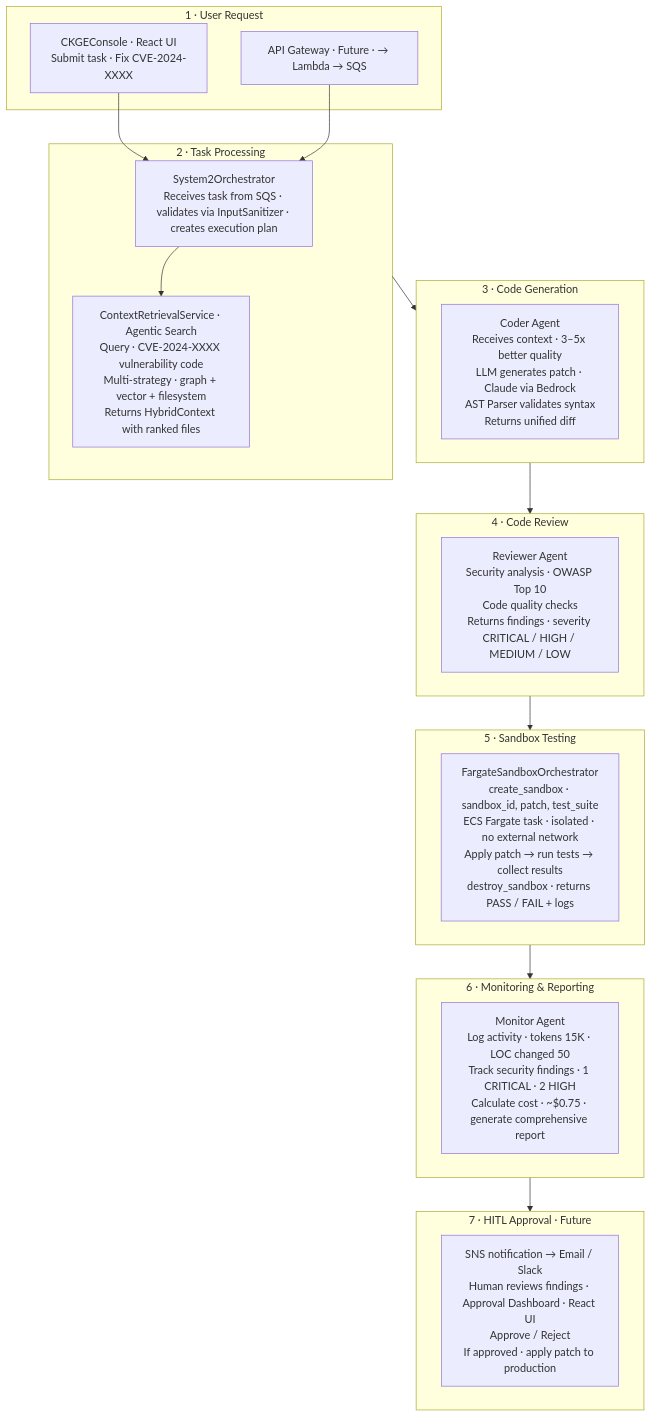
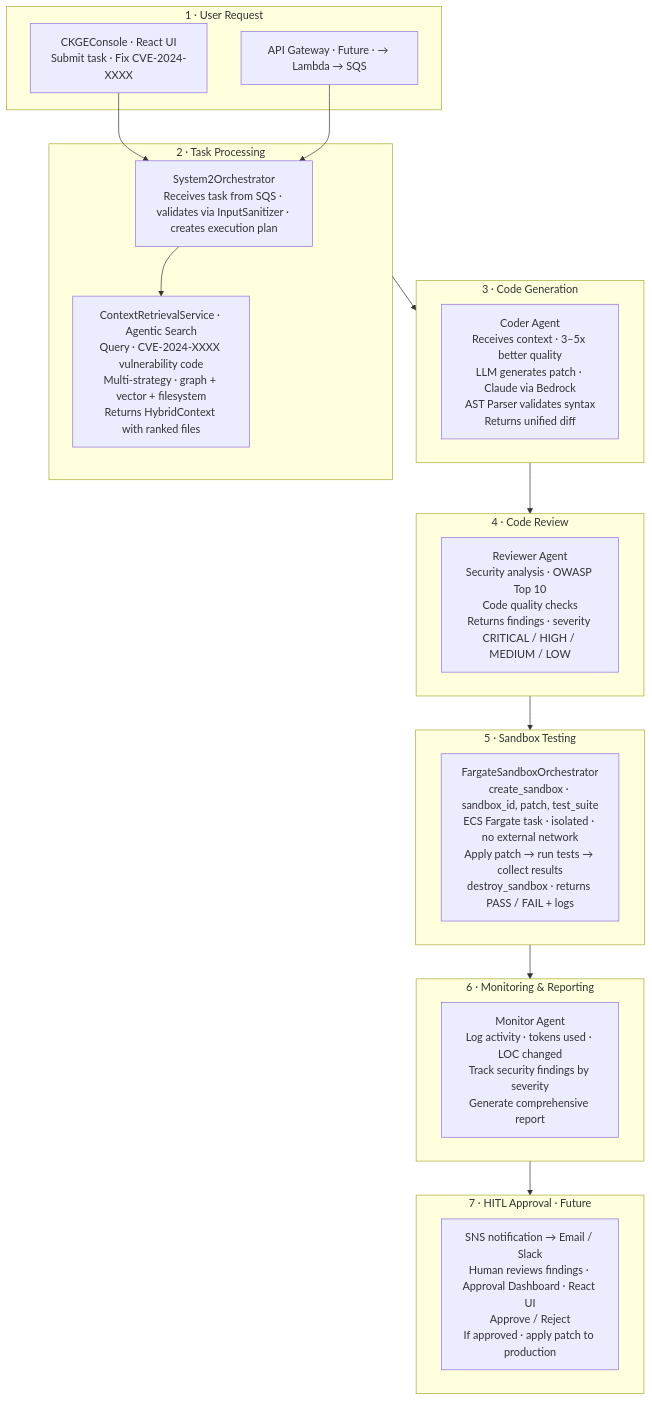
Before and after one commit to aenealabs/aura: the tenth of 11 diagrams in docs/SYSTEM_ARCHITECTURE.md, drawn with Mermaid. The commit also changed other lines of this file, not shown here.

````diff
--- a/docs/SYSTEM_ARCHITECTURE.md
+++ b/docs/SYSTEM_ARCHITECTURE.md
@@ -495,37 +495,37 @@
 ```mermaid
 flowchart TD
     subgraph S1["1 · User Request"]
         U1["CKGEConsole · React UI<br/>Submit task · Fix CVE-2024-XXXX"]
         U2["API Gateway · Future · → Lambda → SQS"]
     end
 
     subgraph S2["2 · Task Processing"]
         T1["System2Orchestrator<br/>Receives task from SQS · validates via InputSanitizer · creates execution plan"]
         T2["ContextRetrievalService · Agentic Search<br/>Query · CVE-2024-XXXX vulnerability code<br/>Multi-strategy · graph + vector + filesystem<br/>Returns HybridContext with ranked files"]
         T1 --> T2
     end
 
     subgraph S3["3 · Code Generation"]
         C1["Coder Agent<br/>Receives context · 3–5x better quality<br/>LLM generates patch · Claude via Bedrock<br/>AST Parser validates syntax<br/>Returns unified diff"]
     end
 
     subgraph S4["4 · Code Review"]
         R1["Reviewer Agent<br/>Security analysis · OWASP Top 10<br/>Code quality checks<br/>Returns findings · severity CRITICAL / HIGH / MEDIUM / LOW"]
     end
 
     subgraph S5["5 · Sandbox Testing"]
         SB1["FargateSandboxOrchestrator<br/>create_sandbox · sandbox_id, patch, test_suite<br/>ECS Fargate task · isolated · no external network<br/>Apply patch → run tests → collect results<br/>destroy_sandbox · returns PASS / FAIL + logs"]
     end
 
     subgraph S6["6 · Monitoring & Reporting"]
-        M1["Monitor Agent<br/>Log activity · tokens 15K · LOC changed 50<br/>Track security findings · 1 CRITICAL · 2 HIGH<br/>Calculate cost · ~$0.75 · generate comprehensive report"]
+        M1["Monitor Agent<br/>Log activity · tokens used · LOC changed<br/>Track security findings by severity<br/>Generate comprehensive report"]
     end
 
     subgraph S7["7 · HITL Approval · Future"]
         H1["SNS notification → Email / Slack<br/>Human reviews findings · Approval Dashboard · React UI<br/>Approve / Reject<br/>If approved · apply patch to production"]
     end
 
     U1 --> T1
     U2 --> T1
     S2 --> S3 --> S4 --> S5 --> S6 --> S7
 ```
````
